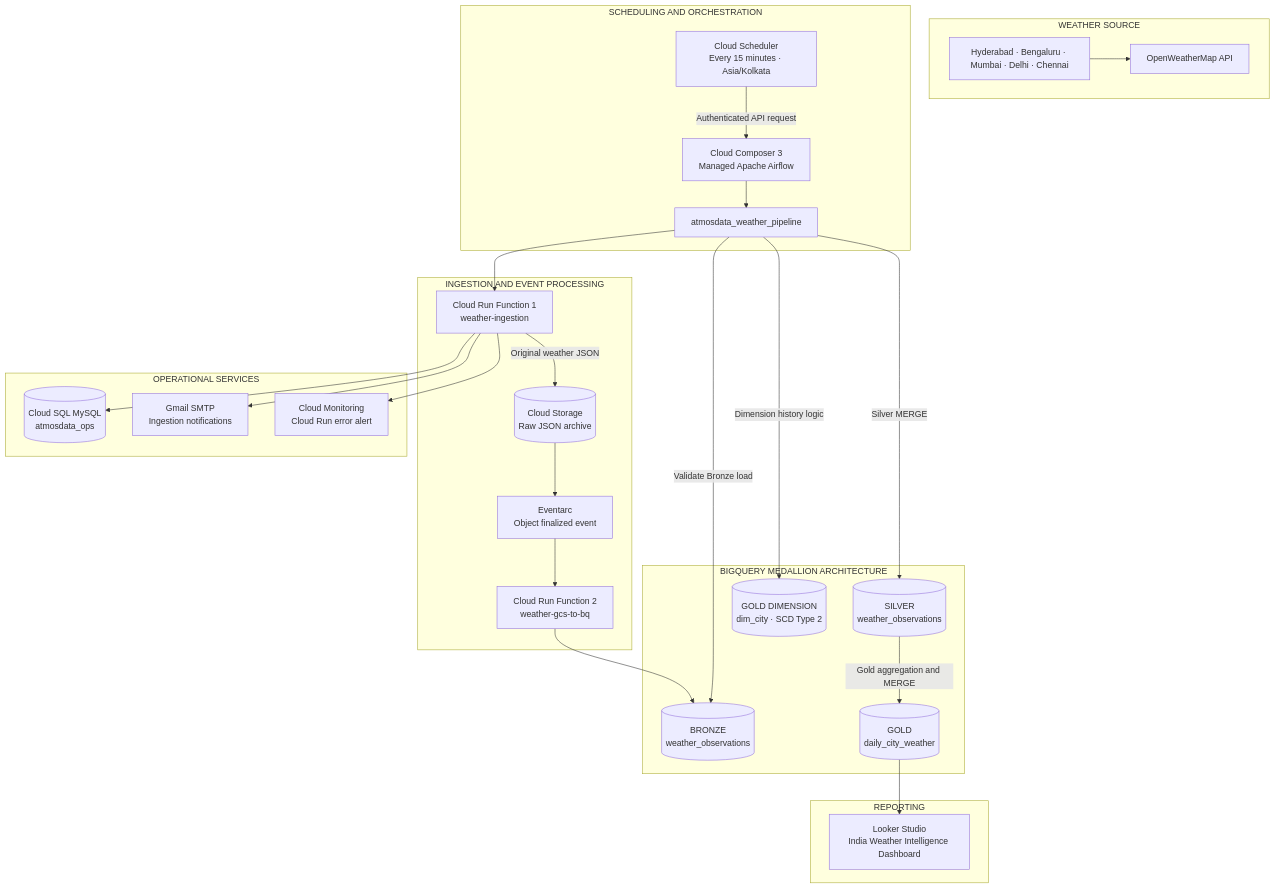
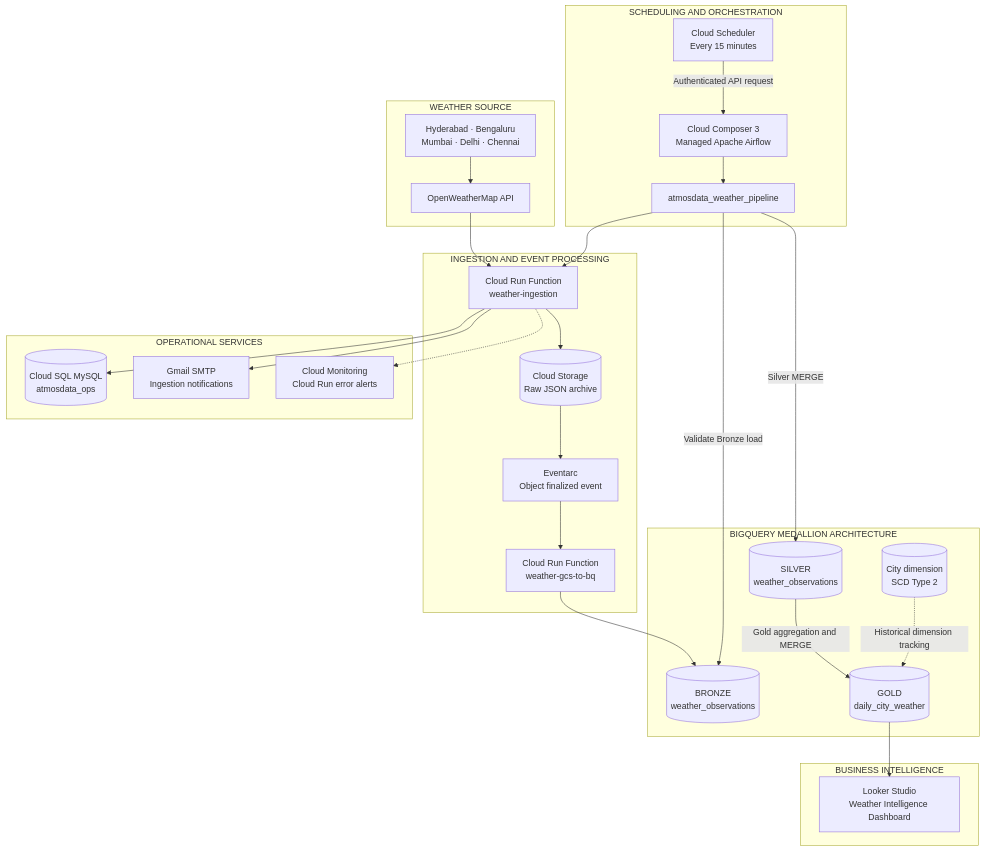
The first of 7 diagrams in README.md (cloudwithpavan/AtmosData), drawn with Mermaid before and after one commit. The commit also changed other lines of this file, not shown here.

````diff
--- a/README.md
+++ b/README.md
@@ -56,54 +125,54 @@
 ```mermaid
 flowchart TB
     subgraph SOURCE["WEATHER SOURCE"]
+        CITIES["Hyderabad · Bengaluru<br/>Mumbai · Delhi · Chennai"]
         API["OpenWeatherMap API"]
-        CITIES["Hyderabad · Bengaluru · Mumbai · Delhi · Chennai"]
         CITIES --> API
     end
 
     subgraph ORCHESTRATION["SCHEDULING AND ORCHESTRATION"]
-        SCHED["Cloud Scheduler<br/>Every 15 minutes · Asia/Kolkata"]
+        SCHED["Cloud Scheduler<br/>Every 15 minutes"]
         COMPOSER["Cloud Composer 3<br/>Managed Apache Airflow"]
         DAG["atmosdata_weather_pipeline"]
         SCHED -->|"Authenticated API request"| COMPOSER
         COMPOSER --> DAG
     end
 
     subgraph INGESTION["INGESTION AND EVENT PROCESSING"]
-        INGEST["Cloud Run Function 1<br/>weather-ingestion"]
+        INGEST["Cloud Run Function<br/>weather-ingestion"]
         RAW[("Cloud Storage<br/>Raw JSON archive")]
         EVENT["Eventarc<br/>Object finalized event"]
-        LOADER["Cloud Run Function 2<br/>weather-gcs-to-bq"]
-        INGEST -->|"Original weather JSON"| RAW
+        LOADER["Cloud Run Function<br/>weather-gcs-to-bq"]
+        API --> INGEST
+        DAG --> INGEST
+        INGEST --> RAW
         RAW --> EVENT
         EVENT --> LOADER
     end
 
     subgraph WAREHOUSE["BIGQUERY MEDALLION ARCHITECTURE"]
         BRONZE[("BRONZE<br/>weather_observations")]
         SILVER[("SILVER<br/>weather_observations")]
         GOLD[("GOLD<br/>daily_city_weather")]
-        DIM[("GOLD DIMENSION<br/>dim_city · SCD Type 2")]
+        DIM[("City dimension<br/>SCD Type 2")]
         LOADER --> BRONZE
         DAG -->|"Validate Bronze load"| BRONZE
         DAG -->|"Silver MERGE"| SILVER
         SILVER -->|"Gold aggregation and MERGE"| GOLD
-        DAG -->|"Dimension history logic"| DIM
+        DIM -.->|"Historical dimension tracking"| GOLD
     end
 
     subgraph OPERATIONS["OPERATIONAL SERVICES"]
         MYSQL[("Cloud SQL MySQL<br/>atmosdata_ops")]
         EMAIL["Gmail SMTP<br/>Ingestion notifications"]
-        MON["Cloud Monitoring<br/>Cloud Run error alert"]
+        MON["Cloud Monitoring<br/>Cloud Run error alerts"]
         INGEST --> MYSQL
         INGEST --> EMAIL
-        INGEST --> MON
+        INGEST -.-> MON
     end
 
-    subgraph REPORTING["REPORTING"]
-        LOOKER["Looker Studio<br/>India Weather Intelligence Dashboard"]
+    subgraph REPORTING["BUSINESS INTELLIGENCE"]
+        LOOKER["Looker Studio<br/>Weather Intelligence Dashboard"]
         GOLD --> LOOKER
     end
-
-    DAG --> INGEST
 ```
````
